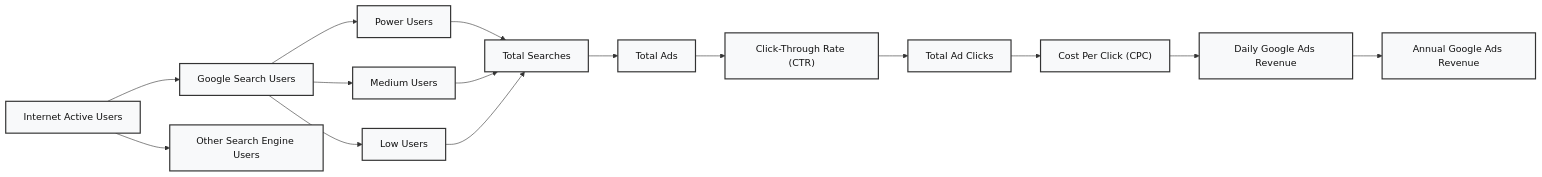
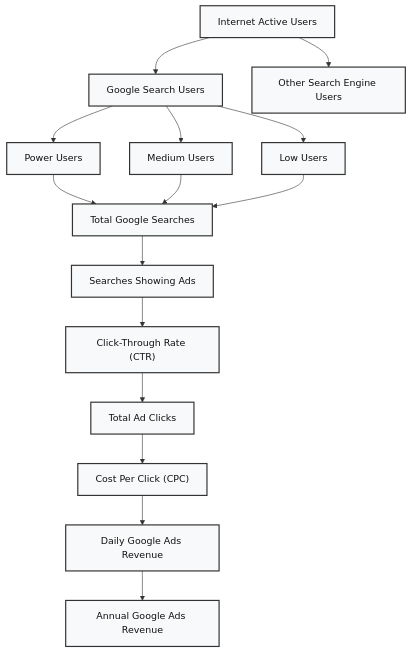
One commit to ShreyanshiJaiswal/Guesstimate_Journey changed the diagram in Guesstimate_Que_2/readme.md. Above: the diagram before and after it, drawn with Mermaid. The commit also changed other lines of this file, not shown here.

````diff
--- a/Guesstimate_Que_2/readme.md
+++ b/Guesstimate_Que_2/readme.md
@@ -21,27 +25,27 @@
 ```mermaid
-flowchart LR
+flowchart TD
 
     A["Internet Active Users"]
 
     A --> B["Google Search Users"]
     A --> C["Other Search Engine Users"]
 
     B --> D["Power Users"]
     B --> E["Medium Users"]
     B --> F["Low Users"]
 
-    D --> G["Total Searches"]
+    D --> G["Total Google Searches"]
     E --> G
     F --> G
 
-    G --> H["Total Ads"]
+    G --> H["Searches Showing Ads"]
     H --> I["Click-Through Rate (CTR)"]
     I --> J["Total Ad Clicks"]
     J --> K["Cost Per Click (CPC)"]
     K --> L["Daily Google Ads Revenue"]
     L --> M["Annual Google Ads Revenue"]
 
     classDef block fill:#f8f9fa,stroke:#333,stroke-width:2px,color:#111,font-size:16px;
 
     class A,B,C,D,E,F,G,H,I,J,K,L,M block;
 ```
````
